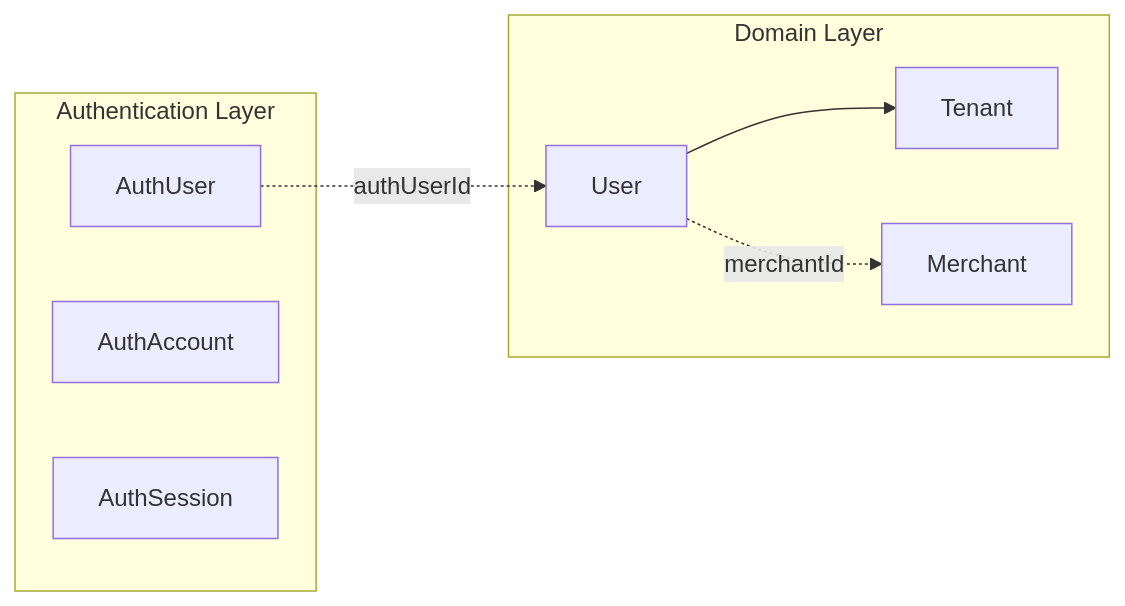
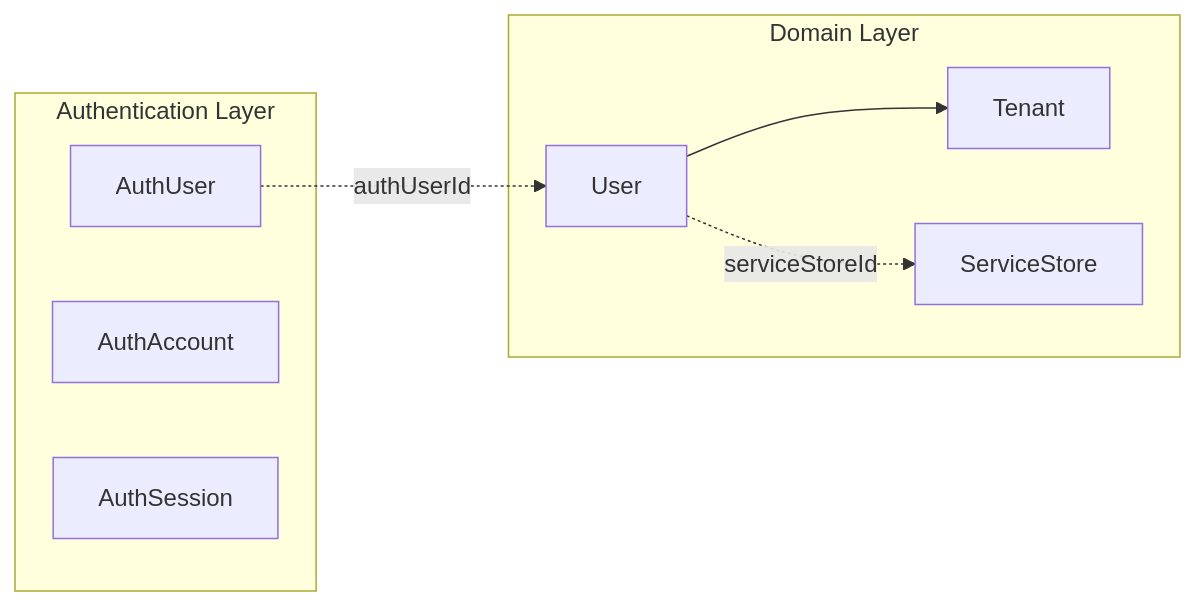
One commit to plc-r-dev/autohub changed the third of 3 diagrams in docs/architecture/authentication.md. Above: the diagram before and after it, drawn with Mermaid. The commit also changed other lines of this file and 286 other files, not shown here.

First line of the commit message:
refactor: complete merchant-to-ServiceStore rename and customer LIFF restructure

````diff
--- a/docs/architecture/authentication.md
+++ b/docs/architecture/authentication.md
@@ -214,18 +214,18 @@
 ```mermaid
 flowchart LR
   subgraph AuthLayer["Authentication Layer"]
     AU[AuthUser]
     AA[AuthAccount]
     AS[AuthSession]
   end
 
   subgraph DomainLayer["Domain Layer"]
     DU[User]
     T[Tenant]
-    M[Merchant]
+    M[ServiceStore]
   end
 
   AU -.->|authUserId| DU
   DU --> T
-  DU -.->|merchantId| M
+  DU -.->|serviceStoreId| M
 ```
````
